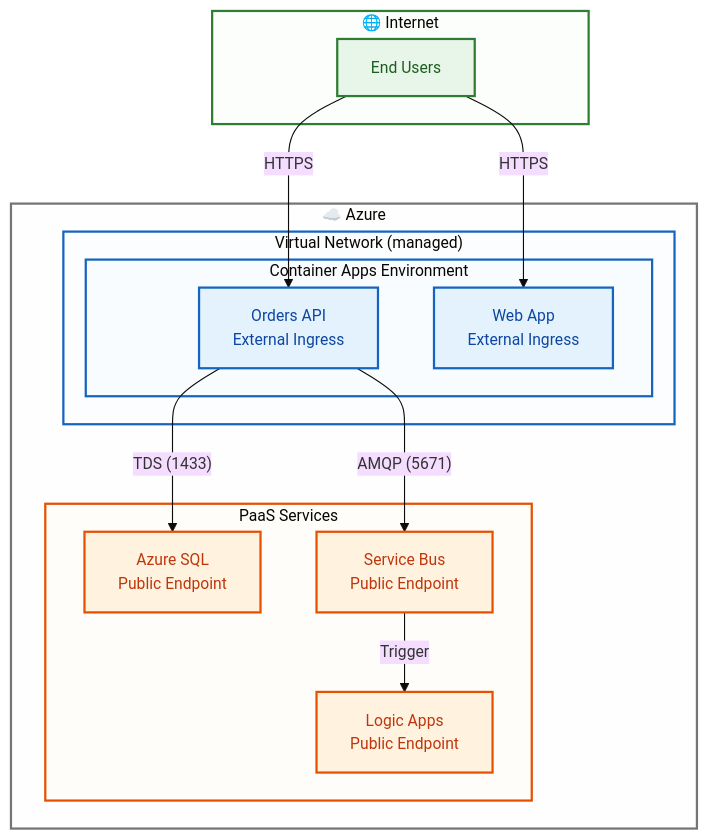
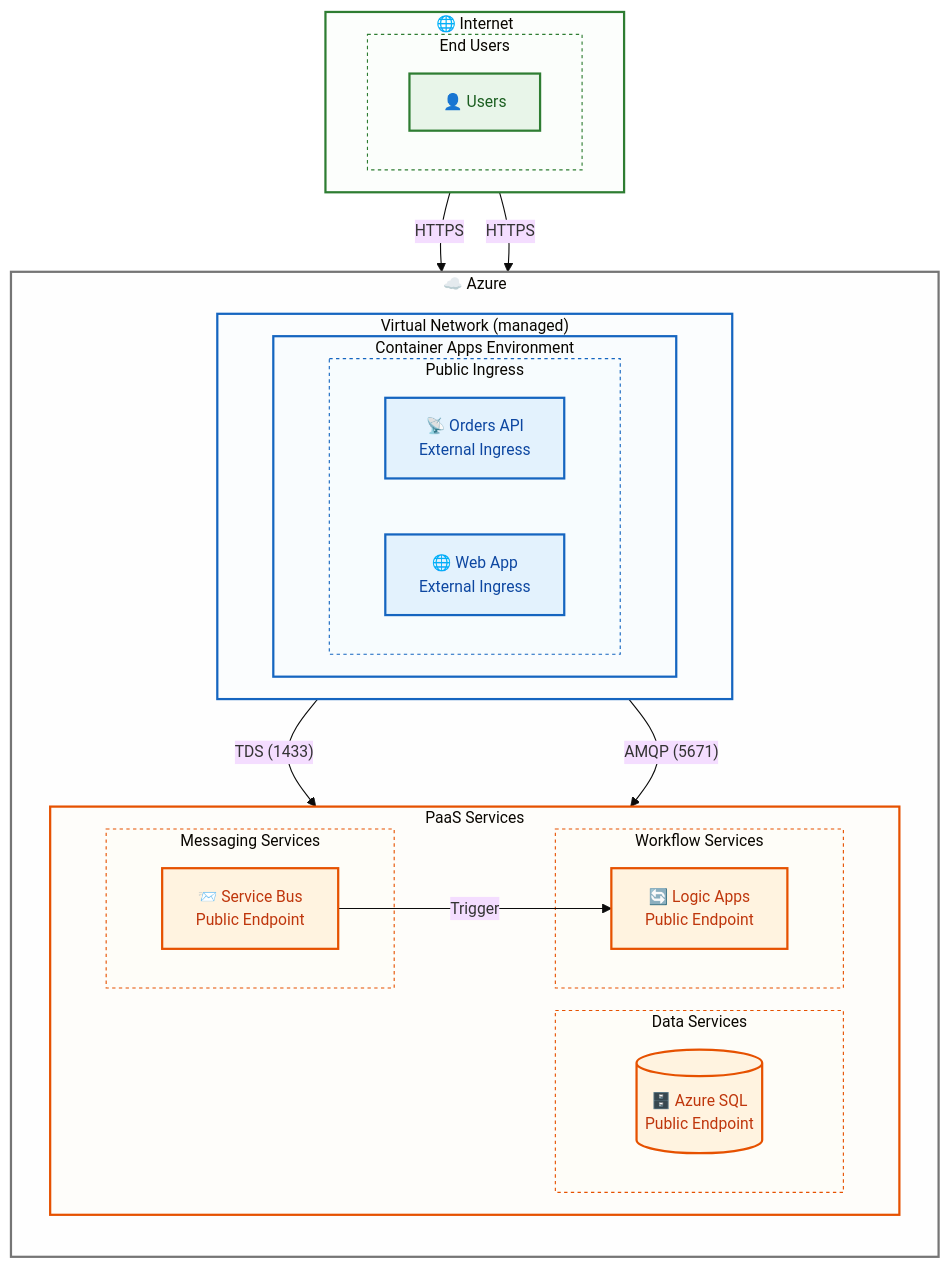
The fourth of 4 diagrams in docs/architecture/04-technology-architecture.md (Evilazaro/Azure-LogicApps-Monitoring), drawn with Mermaid before and after one commit. The commit also changed other lines of this file, not shown here.

Commit message:
Refactor technology architecture diagrams with improved subgraph organization and styling for enhanced clarity and visual grouping

````diff
--- a/docs/architecture/04-technology-architecture.md
+++ b/docs/architecture/04-technology-architecture.md
@@ -418,44 +498,63 @@
 ```mermaid
 %%{init: {'theme': 'base', 'themeVariables': { 'fontSize': '14px'}}}%%
 flowchart TB
     subgraph Internet["🌐 Internet"]
-        Users["End Users"]
+        direction LR
+        subgraph EndUsers["End Users"]
+            Users["👤 Users"]
+        end
     end
 
     subgraph Azure["☁️ Azure"]
+        direction TB
         subgraph VNet["Virtual Network (managed)"]
+            direction LR
             subgraph CAE["Container Apps Environment"]
-                API["Orders API<br/>External Ingress"]
-                Web["Web App<br/>External Ingress"]
+                subgraph PublicIngress["Public Ingress"]
+                    API["📡 Orders API<br/>External Ingress"]
+                    Web["🌐 Web App<br/>External Ingress"]
+                end
             end
         end
         
         subgraph PaaS["PaaS Services"]
-            SQL["Azure SQL<br/>Public Endpoint"]
-            SB["Service Bus<br/>Public Endpoint"]
-            LA["Logic Apps<br/>Public Endpoint"]
+            direction LR
+            subgraph DataServices["Data Services"]
+                SQL[("🗄️ Azure SQL<br/>Public Endpoint")]
+            end
+            subgraph MessagingServices["Messaging Services"]
+                SB["📨 Service Bus<br/>Public Endpoint"]
+            end
+            subgraph WorkflowServices["Workflow Services"]
+                LA["🔄 Logic Apps<br/>Public Endpoint"]
+            end
         end
     end
 
     Users -->|"HTTPS"| Web
     Users -->|"HTTPS"| API
     API -->|"TDS (1433)"| SQL
     API -->|"AMQP (5671)"| SB
     SB -->|"Trigger"| LA
 
     %% Accessible color palette for network zones
     classDef internet fill:#e8f5e9,stroke:#2e7d32,stroke-width:2px,color:#1b5e20
     classDef compute fill:#e3f2fd,stroke:#1565c0,stroke-width:2px,color:#0d47a1
     classDef paas fill:#fff3e0,stroke:#e65100,stroke-width:2px,color:#bf360c
 
     class Users internet
     class API,Web compute
     class SQL,SB,LA paas
 
     %% Subgraph container styling for visual layer grouping
     style Internet fill:#e8f5e922,stroke:#2e7d32,stroke-width:2px
     style Azure fill:#f5f5f522,stroke:#757575,stroke-width:2px
     style VNet fill:#e3f2fd22,stroke:#1565c0,stroke-width:2px
     style CAE fill:#e3f2fd22,stroke:#1565c0,stroke-width:2px
     style PaaS fill:#fff3e022,stroke:#e65100,stroke-width:2px
+    style EndUsers fill:#e8f5e911,stroke:#2e7d32,stroke-width:1px,stroke-dasharray:3
+    style PublicIngress fill:#e3f2fd11,stroke:#1565c0,stroke-width:1px,stroke-dasharray:3
+    style DataServices fill:#fff3e011,stroke:#e65100,stroke-width:1px,stroke-dasharray:3
+    style MessagingServices fill:#fff3e011,stroke:#e65100,stroke-width:1px,stroke-dasharray:3
+    style WorkflowServices fill:#fff3e011,stroke:#e65100,stroke-width:1px,stroke-dasharray:3
 ```
````
